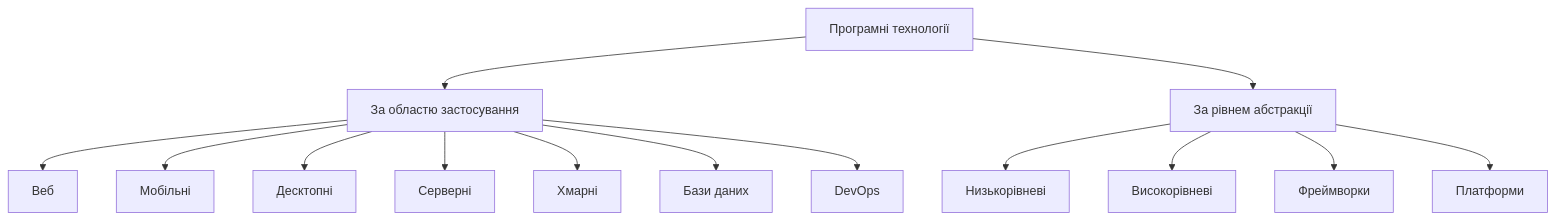
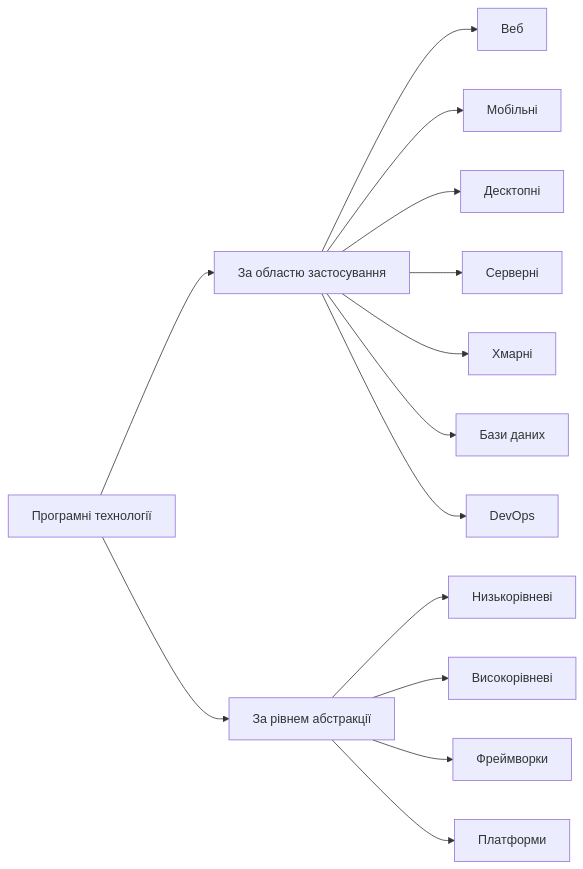
Before and after one commit to olroi421/course-opi: the first of 9 diagrams in docs/lectures/lecture-02.md, drawn with Mermaid.

````diff
--- a/docs/lectures/lecture-02.md
+++ b/docs/lectures/lecture-02.md
@@ -11,18 +11,18 @@
 ```mermaid
-graph TB
+graph LR
     A[Програмні технології] --> B[За областю застосування]
     A --> C[За рівнем абстракції]
 
     B --> D[Веб]
     B --> E[Мобільні]
     B --> F[Десктопні]
     B --> G[Серверні]
     B --> H[Хмарні]
     B --> I[Бази даних]
     B --> J[DevOps]
 
     C --> K[Низькорівневі]
     C --> L[Високорівневі]
     C --> M[Фреймворки]
     C --> N[Платформи]
 ```
````
